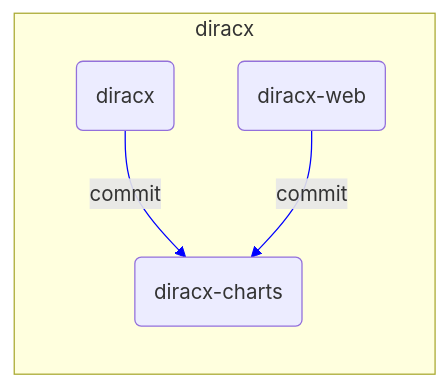
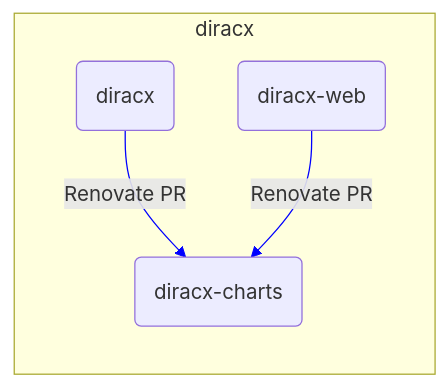
The diagram in docs/admin/reference/making-releases.md (DIRACGrid/diracx), drawn with Mermaid before and after one commit. The commit also changed other lines of this file and 1 other file, not shown here.

First line of the commit message:
ci: stop pushing chart bumps to diracx-charts

````diff
--- a/docs/admin/reference/making-releases.md
+++ b/docs/admin/reference/making-releases.md
@@ -36,16 +36,16 @@
 ```mermaid
 flowchart LR
     subgraph diracx-block["diracx"]
         diracx-charts("diracx-charts")
         diracx("diracx")
         diracx-web("diracx-web")
     end
 
 
-    diracx -->|commit| diracx-charts
-    diracx-web -->|commit| diracx-charts
+    diracx -->|Renovate PR| diracx-charts
+    diracx-web -->|Renovate PR| diracx-charts
 
     linkStyle 0 stroke: blue
     linkStyle 1 stroke: blue
 
 ```
````
